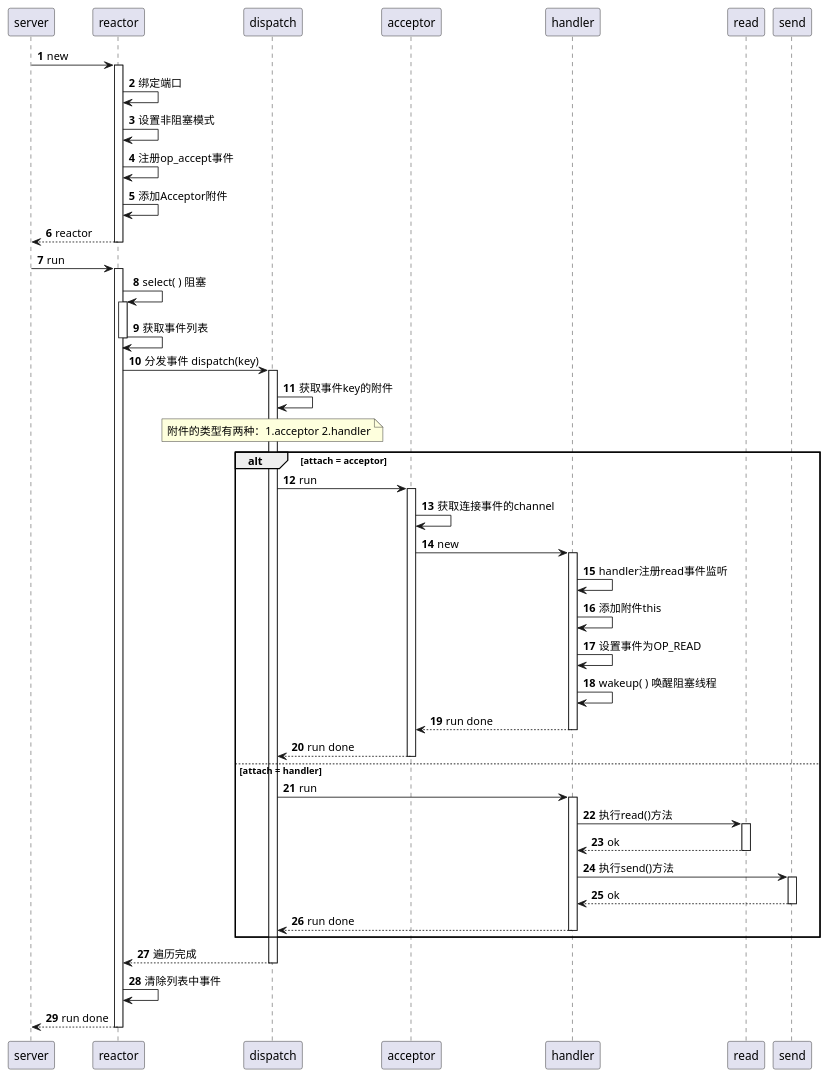
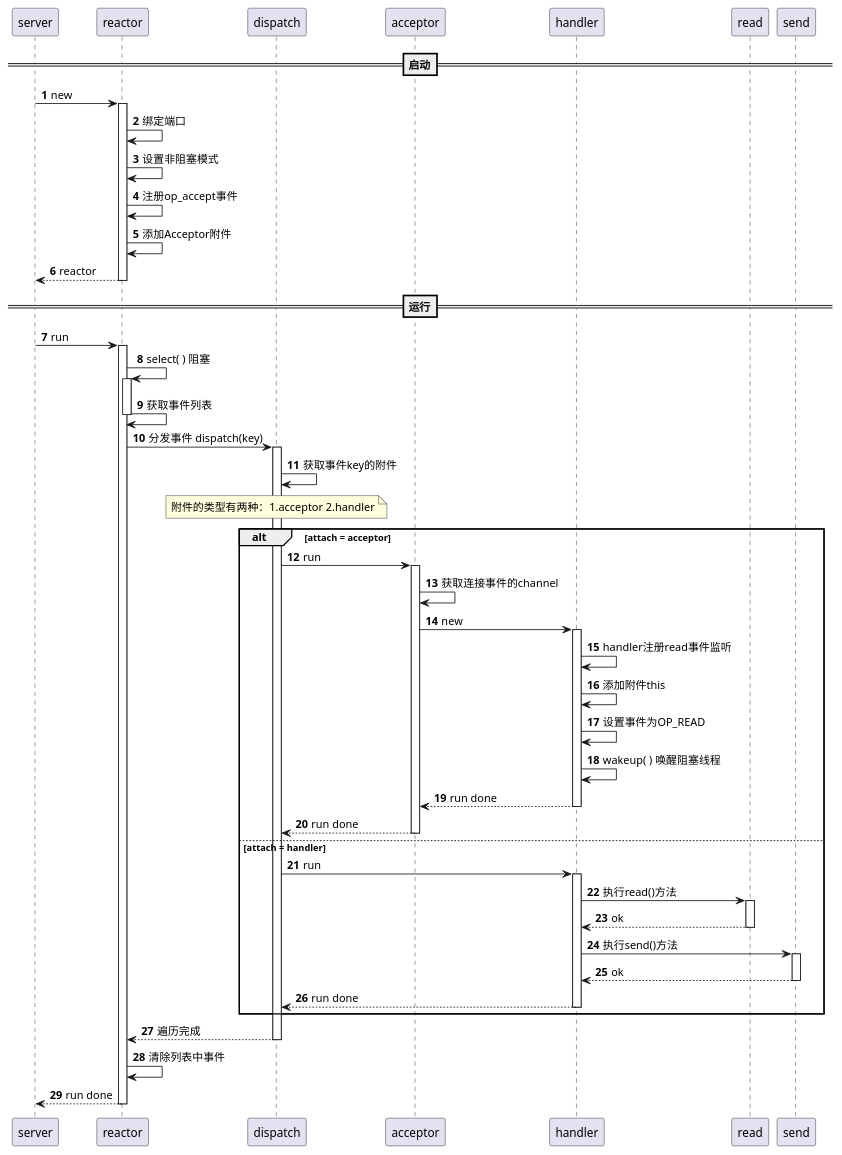
The diagram in docs/简易Reactor模型.puml (zexho994/reactor-io), drawn with PlantUML before and after one commit. The commit also changed 4 other files, not shown here.

```diff
--- a/docs/简易Reactor模型.puml
+++ b/docs/简易Reactor模型.puml
@@ -1,44 +1,46 @@
 @startuml
 participant server
 participant reactor
 participant dispatch
 participant acceptor
 participant handler
 participant read
 participant send
 
 autonumber
+==启动==
 server -> reactor ++: new
 reactor -> reactor : 绑定端口
 reactor -> reactor : 设置非阻塞模式
 reactor -> reactor : 注册op_accept事件
 reactor -> reactor : 添加Acceptor附件
 return reactor
+==运行==
 server -> reactor ++: run
 reactor -> reactor ++: select( ) 阻塞
 reactor -> reactor --: 获取事件列表
 reactor -> dispatch ++: 分发事件 dispatch(key)
 dispatch -> dispatch : 获取事件key的附件
 note over dispatch: 附件的类型有两种：1.acceptor 2.handler
 alt attach = acceptor
 dispatch -> acceptor ++: run
 acceptor -> acceptor : 获取连接事件的channel
 acceptor -> handler ++: new
 handler -> handler : handler注册read事件监听
 handler -> handler : 添加附件this
 handler -> handler : 设置事件为OP_READ
 handler -> handler : wakeup( ) 唤醒阻塞线程
 return run done
 return run done
 else attach = handler
 dispatch -> handler ++: run
 handler -> read ++: 执行read()方法
 return ok
 handler -> send ++: 执行send()方法
 return ok
 return run done
 end
 return 遍历完成
 reactor -> reactor : 清除列表中事件
 return run done
 @enduml
```
